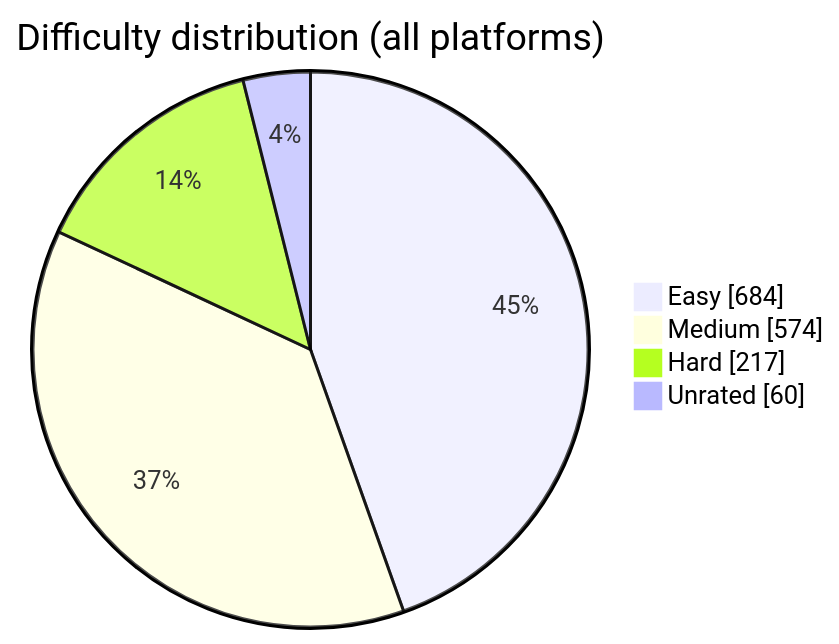
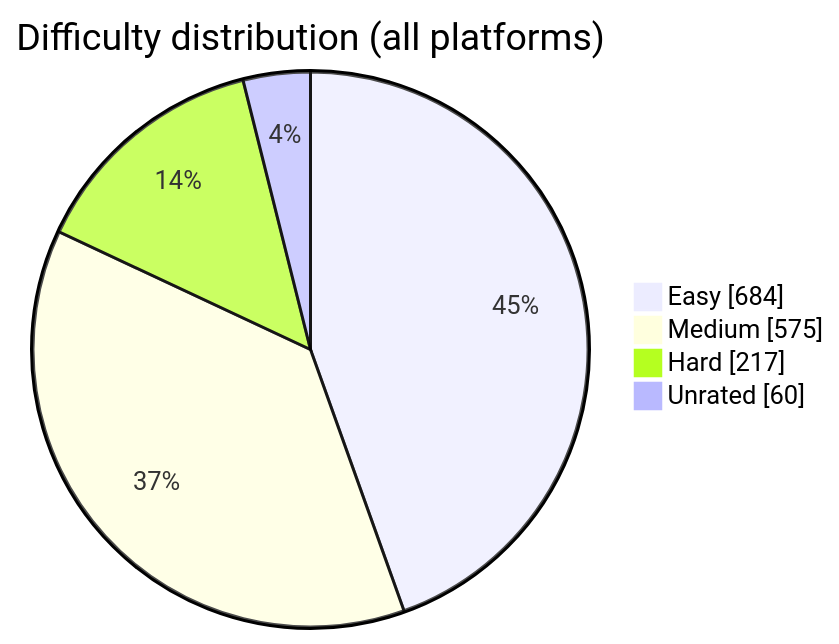
One commit to BuildbyArindam/Daily-Coding-Log changed the diagram in README.md. Above: the diagram before and after it, drawn with Mermaid. The commit also changed other lines of this file, not shown here.

````diff
--- a/README.md
+++ b/README.md
@@ -93,7 +93,7 @@
 ```mermaid
 pie showData title Difficulty distribution (all platforms)
     "Easy" : 684
-    "Medium" : 574
+    "Medium" : 575
     "Hard" : 217
     "Unrated" : 60
 ```
````
